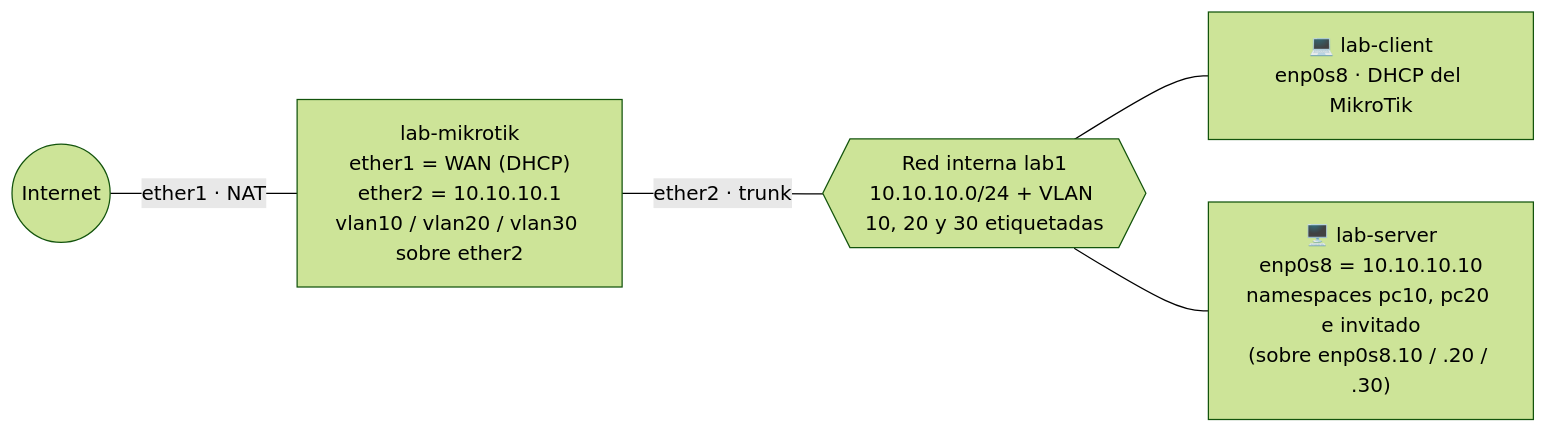
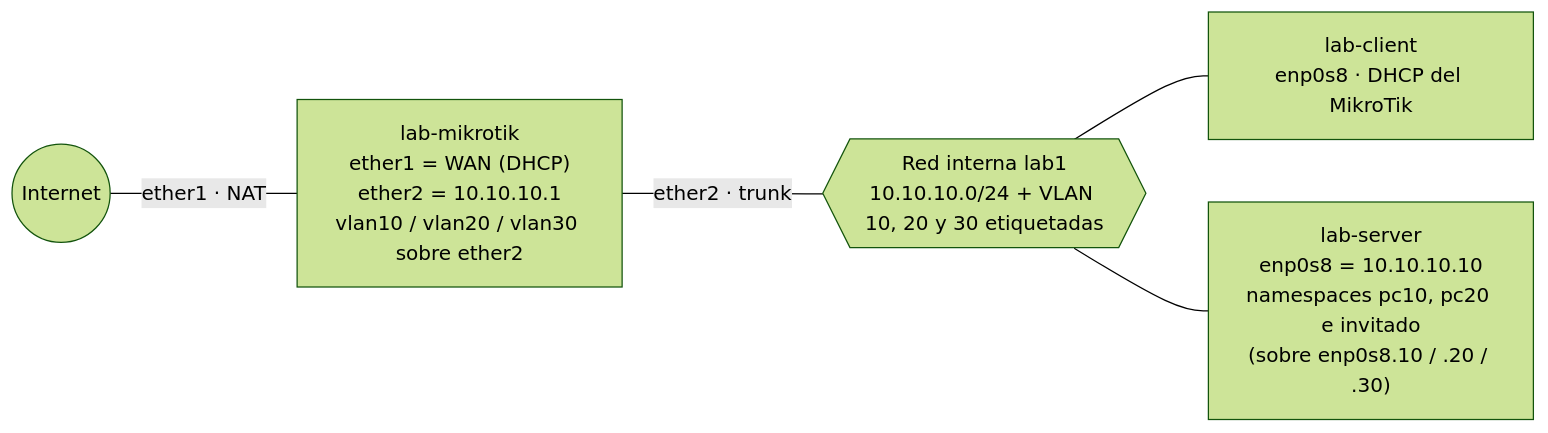
The diagram in 08-mikrotik-opcional.md (Ragdoll-Git/TP1aTp7-Guia), drawn with Mermaid (forest theme) before and after one commit. The commit also changed other lines of this file and 9 other files, not shown here.

````diff
--- a/08-mikrotik-opcional.md
+++ b/08-mikrotik-opcional.md
@@ -17,13 +17,13 @@
 ```mermaid
 flowchart LR
     internet(("Internet"))
     mk["lab-mikrotik<br>ether1 = WAN (DHCP)<br>ether2 = 10.10.10.1<br>vlan10 / vlan20 / vlan30 sobre ether2"]
     lab{{"Red interna lab1<br>10.10.10.0/24 + VLAN 10, 20 y 30 etiquetadas"}}
-    c["💻 lab-client<br>enp0s8 · DHCP del MikroTik"]
-    s["🖥️ lab-server<br>enp0s8 = 10.10.10.10<br>namespaces pc10, pc20 e invitado<br>(sobre enp0s8.10 / .20 / .30)"]
+    c["lab-client<br>enp0s8 · DHCP del MikroTik"]
+    s["lab-server<br>enp0s8 = 10.10.10.10<br>namespaces pc10, pc20 e invitado<br>(sobre enp0s8.10 / .20 / .30)"]
 
     internet ---|"ether1 · NAT"| mk
     mk ---|"ether2 · trunk"| lab
     lab --- c
     lab --- s
 ```
````
